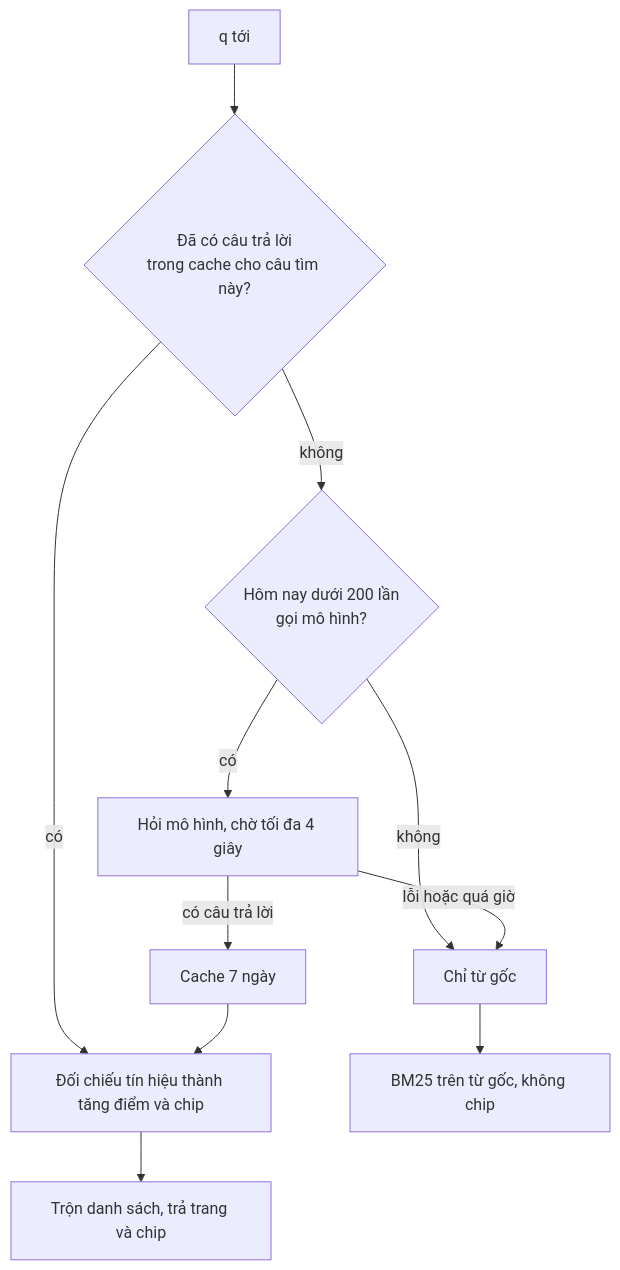
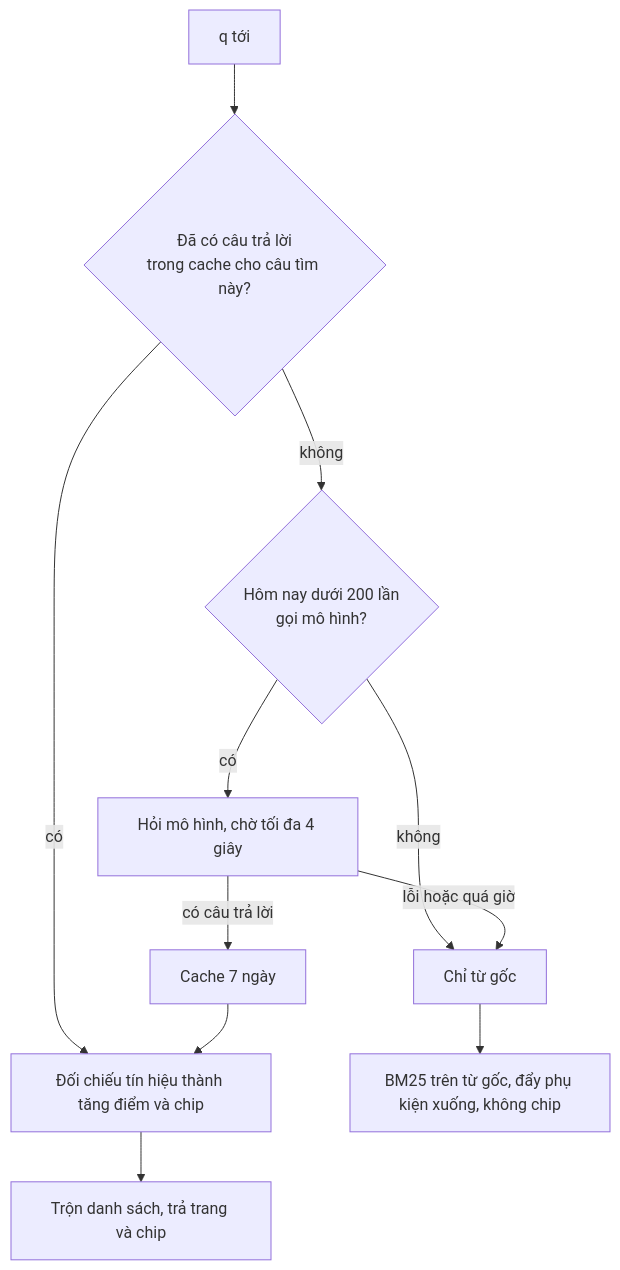
The first of 3 diagrams in web/src/content/docs/vi/architecture/search-and-discovery.mdx (shopnexus/docs), drawn with Mermaid before and after one commit. The commit also changed other lines of this file and 3 other files, not shown here.

````diff
--- a/web/src/content/docs/vi/architecture/search-and-discovery.mdx
+++ b/web/src/content/docs/vi/architecture/search-and-discovery.mdx
@@ -39,12 +39,12 @@
 ```mermaid title="Một lần tìm văn bản khi đã đăng nhập"
 flowchart TD
   Q[q tới] --> C{Đã có câu trả lời<br/>trong cache cho câu tìm này?}
   C -- có --> R[Đối chiếu tín hiệu thành tăng điểm và chip]
   C -- không --> D{Hôm nay dưới 200 lần<br/>gọi mô hình?}
   D -- không --> RAW[Chỉ từ gốc]
   D -- có --> M[Hỏi mô hình, chờ tối đa 4 giây]
   M -- có câu trả lời --> S[Cache 7 ngày] --> R
   M -- lỗi hoặc quá giờ --> RAW
   R --> F[Trộn danh sách, trả trang và chip]
-  RAW --> F2[BM25 trên từ gốc, không chip]
+  RAW --> F2[BM25 trên từ gốc, đẩy phụ kiện xuống, không chip]
 ```
````
